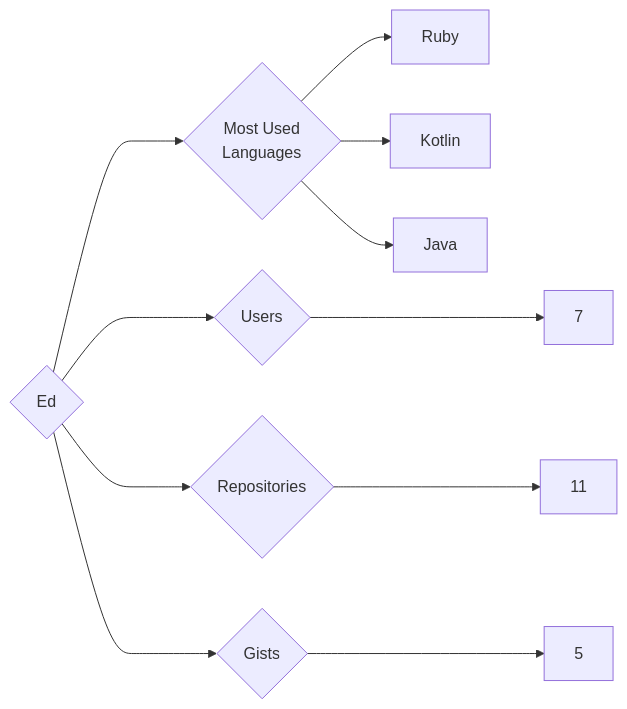
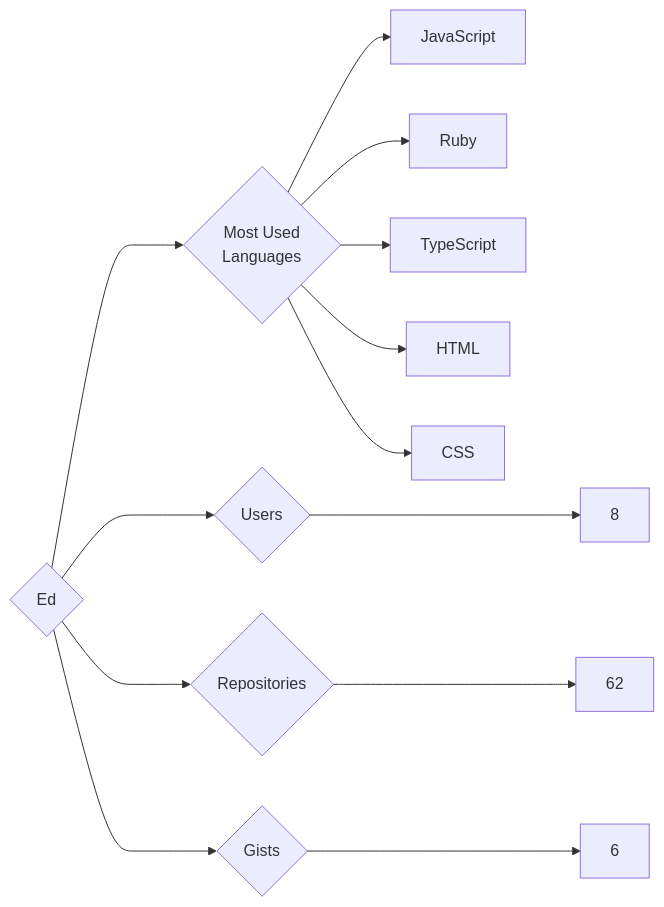
The diagram in targets/Ed/README.md (trickest/insiders), drawn with Mermaid before and after one commit. The commit also changed 1175 other files, not shown here.

````diff
--- a/targets/Ed/README.md
+++ b/targets/Ed/README.md
@@ -3,11 +3,13 @@
 ```mermaid
 graph LR
 COMPANY_NAME{Ed}
-COMPANY_NAME ---> U{Users} ---> UN[7]
-COMPANY_NAME ---> R{Repositories} ---> RN[11]
-COMPANY_NAME ---> G{Gists} ---> GN[5]
+COMPANY_NAME ---> U{Users} ---> UN[8]
+COMPANY_NAME ---> R{Repositories} ---> RN[62]
+COMPANY_NAME ---> G{Gists} ---> GN[6]
 COMPANY_NAME ---> ML{Most Used<br>Languages}
+ML --> JavaScript[JavaScript]
 ML --> Ruby[Ruby]
-ML --> Kotlin[Kotlin]
-ML --> Java[Java]
+ML --> TypeScript[TypeScript]
+ML --> HTML[HTML]
+ML --> CSS[CSS]
 ```
````
